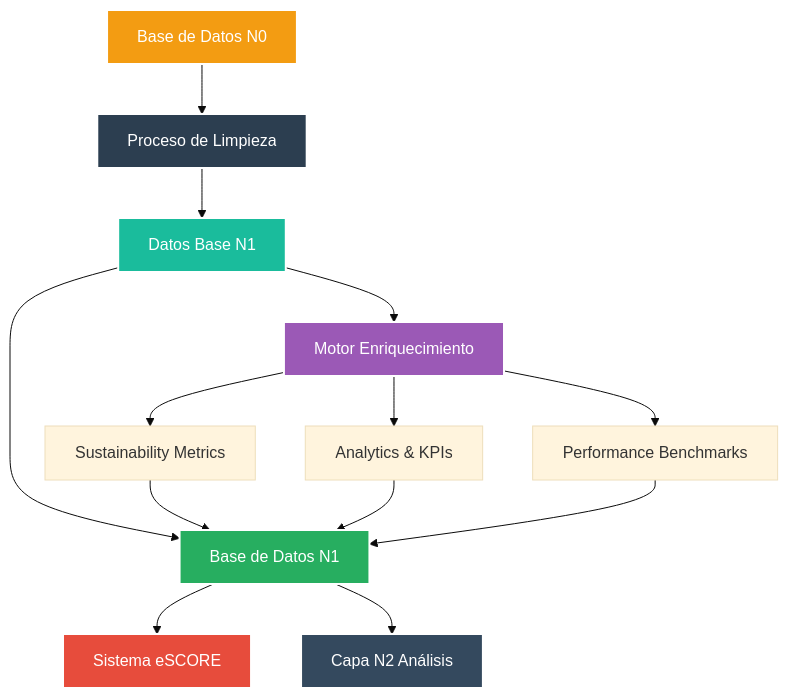
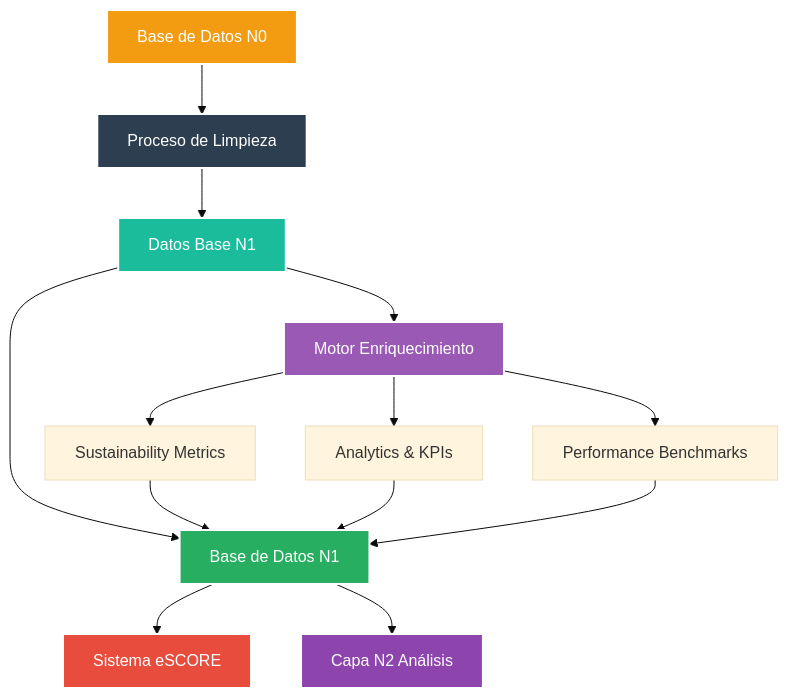
Before and after one commit to EGD2024/db-watioverse: the first of 5 diagrams in pipeline/N1/README_N1.md, drawn with Mermaid (base theme). The commit also changed 8 other files, not shown here.

````diff
--- a/pipeline/N1/README_N1.md
+++ b/pipeline/N1/README_N1.md
@@ -34,26 +34,26 @@
 ```mermaid
 graph TD
     A[Base de Datos N0] --> B[Proceso de Limpieza]
     B --> C[Datos Base N1]
     C --> D[Motor Enriquecimiento]
     
     D --> E[Sustainability Metrics]
     D --> F[Analytics & KPIs]
     D --> G[Performance Benchmarks]
     
     C --> H[Base de Datos N1]
     E --> H
     F --> H
     G --> H
     
     H --> I[Sistema eSCORE]
     H --> J[Capa N2 Análisis]
     
     style A fill:#F39C12,stroke:#ffffff,stroke-width:2px,color:#ffffff
     style B fill:#2C3E50,stroke:#ffffff,stroke-width:2px,color:#ffffff
     style C fill:#1ABC9C,stroke:#ffffff,stroke-width:2px,color:#ffffff
     style D fill:#9B59B6,stroke:#ffffff,stroke-width:2px,color:#ffffff
     style H fill:#27AE60,stroke:#ffffff,stroke-width:2px,color:#ffffff
     style I fill:#E74C3C,stroke:#ffffff,stroke-width:2px,color:#ffffff
-    style J fill:#34495E,stroke:#ffffff,stroke-width:2px,color:#ffffff
+    style J fill:#8E44AD,stroke:#ffffff,stroke-width:2px,color:#ffffff
 ```
````
